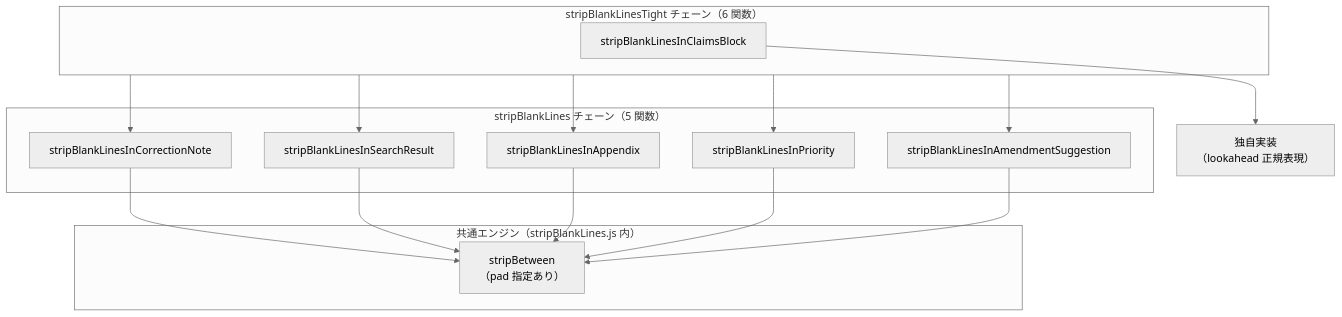
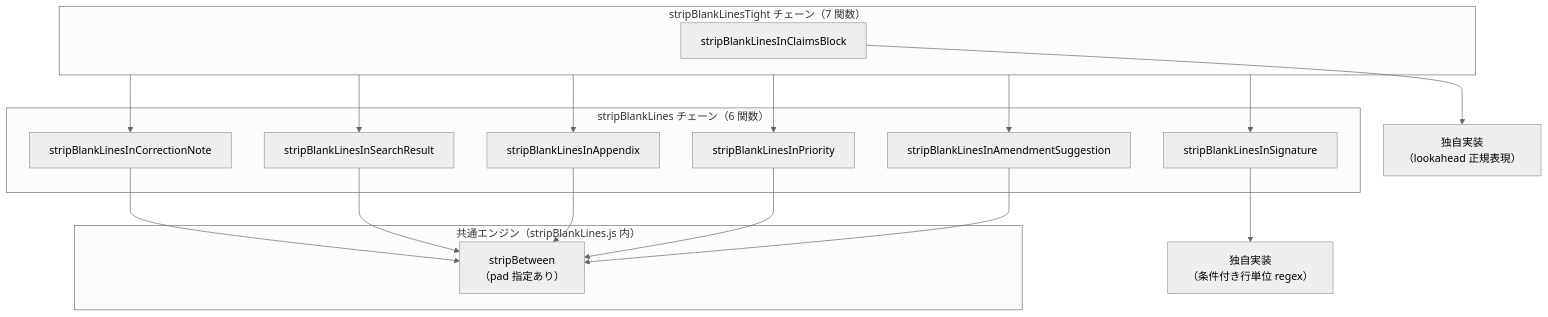
One commit to tmusimesabaoi4i/Patent_Decision_Document_Converter_v2 changed the diagram in js/stripBlankLines.md. Above: the diagram before and after it, drawn with Mermaid (neutral theme). The commit also changed other lines of this file and 13 other files, not shown here.

````diff
--- a/js/stripBlankLines.md
+++ b/js/stripBlankLines.md
@@ -12,22 +12,24 @@
 ```mermaid
 flowchart TD
   subgraph engines["共通エンジン（stripBlankLines.js 内）"]
     SB["stripBetween<br>（pad 指定あり）"]
   end
 
-  subgraph stripChain["stripBlankLines チェーン（5 関数）"]
+  subgraph stripChain["stripBlankLines チェーン（6 関数）"]
     F1["stripBlankLinesInCorrectionNote"]
     F2["stripBlankLinesInSearchResult"]
     F4["stripBlankLinesInAppendix"]
     F5["stripBlankLinesInPriority"]
     F6["stripBlankLinesInAmendmentSuggestion"]
+    F7["stripBlankLinesInSignature"]
   end
 
-  subgraph stripTightChain["stripBlankLinesTight チェーン（6 関数）"]
+  subgraph stripTightChain["stripBlankLinesTight チェーン（7 関数）"]
     F8["stripBlankLinesInClaimsBlock"]
   end
 
   F1 & F2 & F4 & F5 & F6 --> SB
-  stripTightChain --> F1 & F2 & F4 & F5 & F6
+  F7 --> SIG["独自実装<br>（条件付き行単位 regex）"]
+  stripTightChain --> F1 & F2 & F4 & F5 & F6 & F7
   F8 --> CLB["独自実装<br>（lookahead 正規表現）"]
 ```
````
